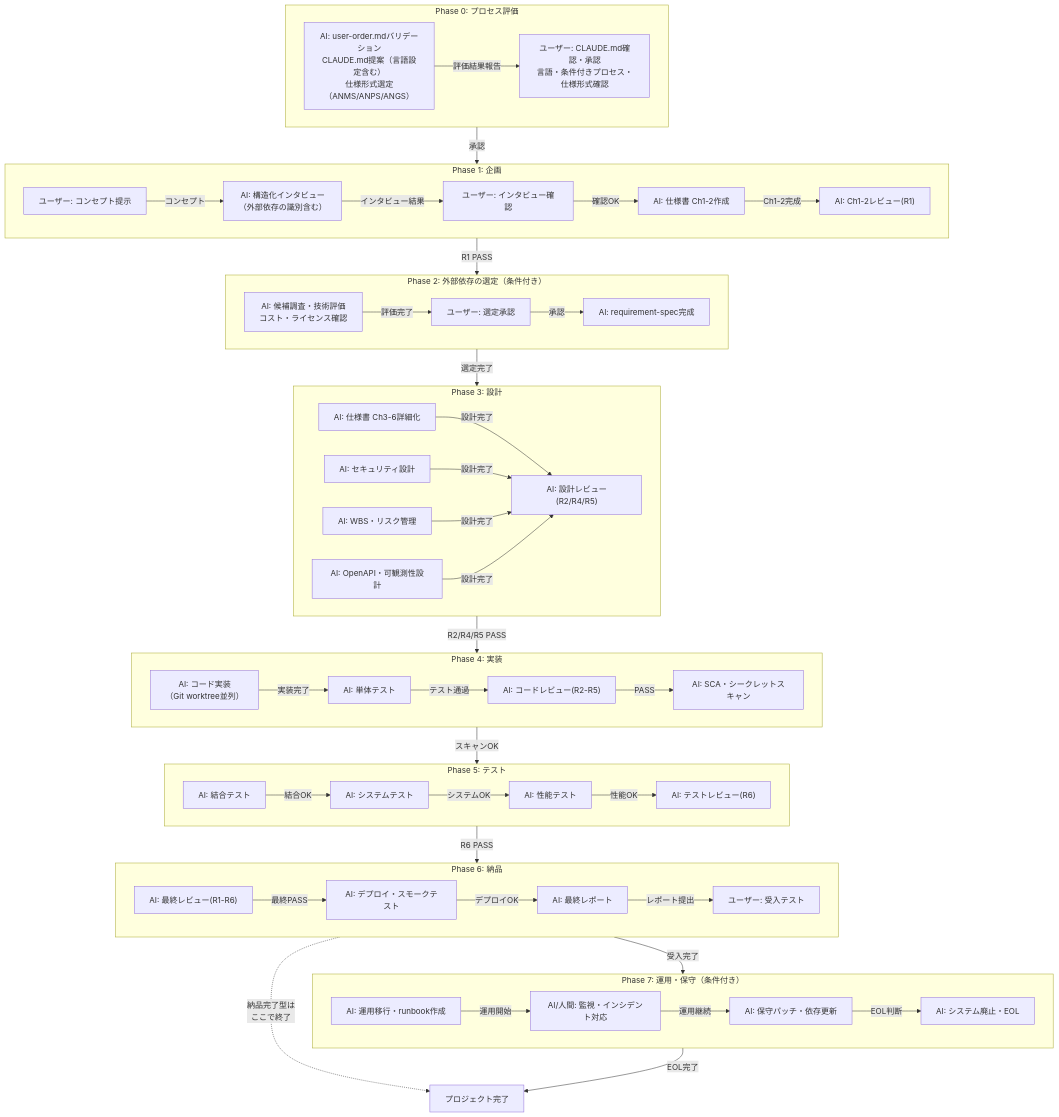
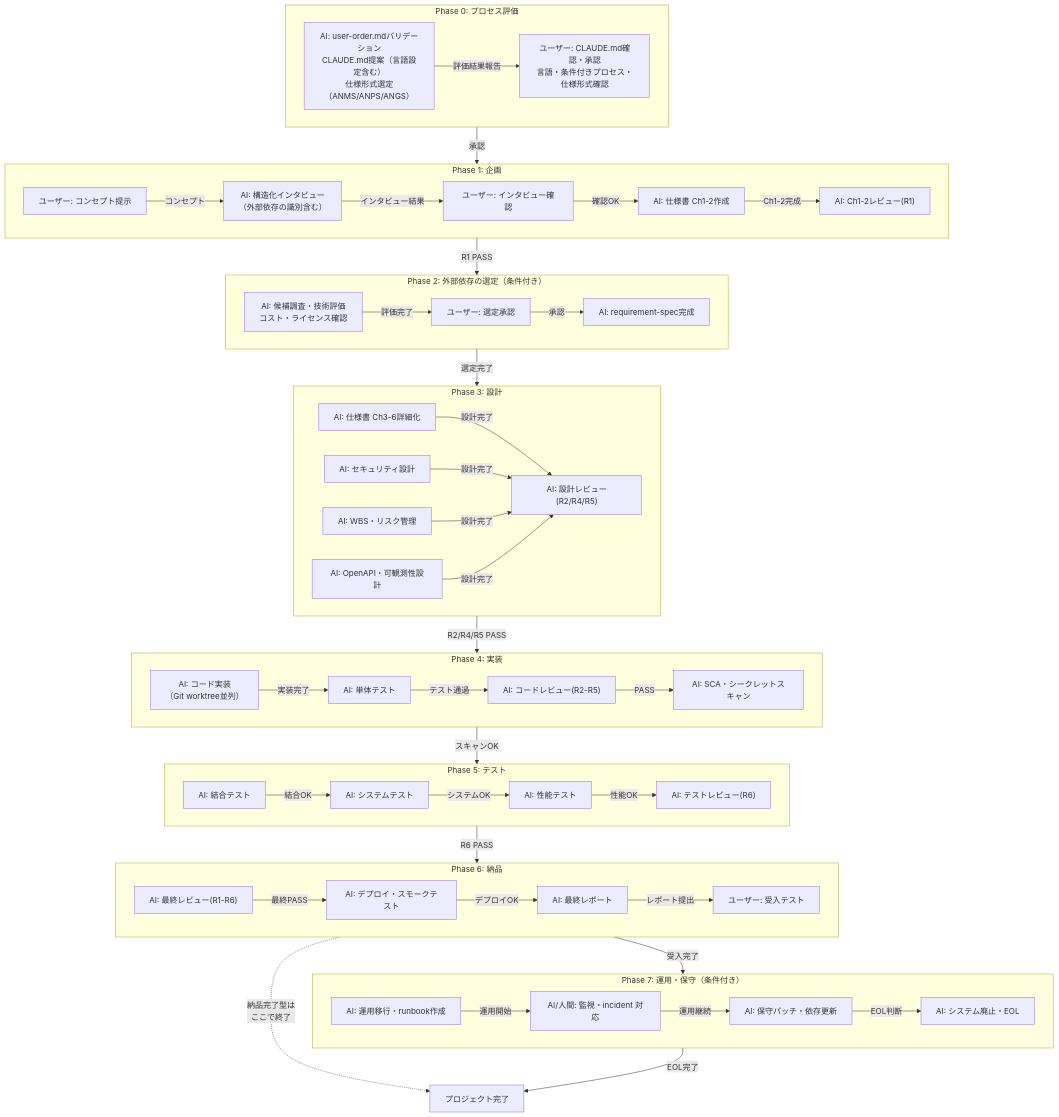
The second of 11 diagrams in process-rules/full-auto-dev-process-rules-ja.md (GoodRelax/claude-code-full-auto-dev), drawn with Mermaid before and after one commit. The commit also changed other lines of this file and 7 other files, not shown here.

```diff
--- a/process-rules/full-auto-dev-process-rules-ja.md
+++ b/process-rules/full-auto-dev-process-rules-ja.md
@@ -305,7 +305,7 @@
 
     subgraph Phase7["Phase 7: 運用・保守（条件付き）"]
         P7A["AI: 運用移行・runbook作成"]
-        P7B["AI/人間: 監視・インシデント対応"]
+        P7B["AI/人間: 監視・incident 対応"]
         P7C["AI: 保守パッチ・依存更新"]
         P7D["AI: システム廃止・EOL"]
         P7A -->|"運用開始"| P7B
```
